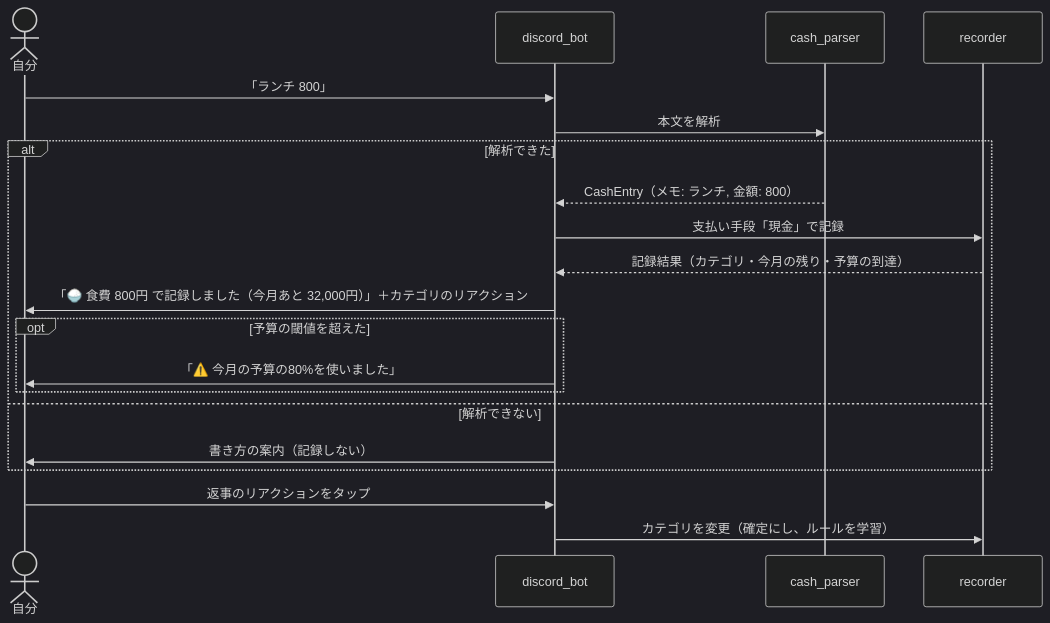
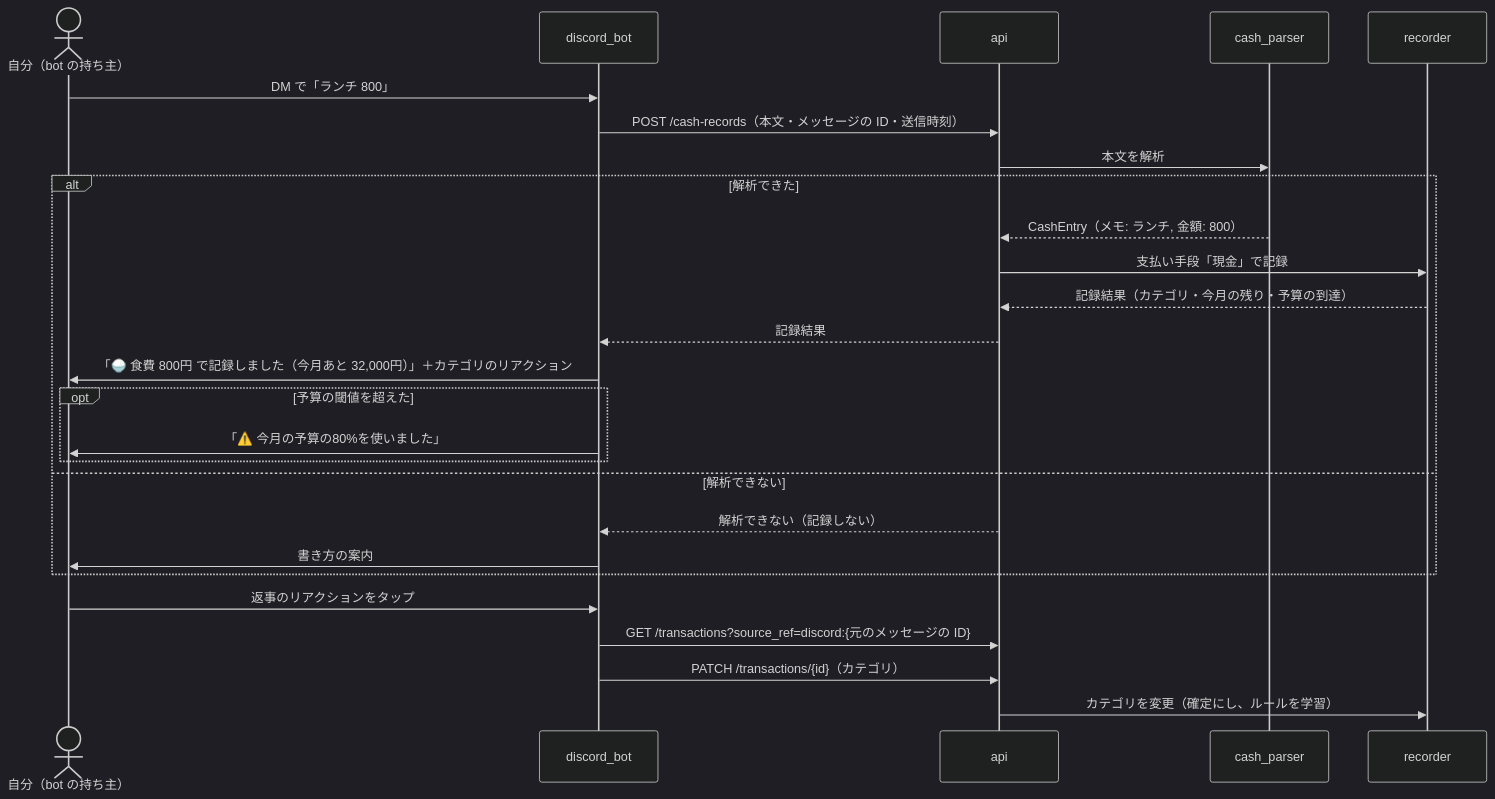
One commit to Yokochi513/Tsukena changed the third of 4 diagrams in docs/design.md. Above: the diagram before and after it, drawn with Mermaid (dark theme). The commit also changed other lines of this file and 8 other files, not shown here.

First line of the commit message:
Discord bot の設計書と ADR-0006〜0008 を追加

````diff
--- a/docs/design.md
+++ b/docs/design.md
@@ -110,23 +127,29 @@
 ```mermaid
 sequenceDiagram
-    actor U as 自分
+    actor U as 自分（bot の持ち主）
     participant B as discord_bot
+    participant A as api
     participant C as cash_parser
     participant R as recorder
 
-    U->>B: 「ランチ 800」
-    B->>C: 本文を解析
+    U->>B: DM で「ランチ 800」
+    B->>A: POST /cash-records（本文・メッセージの ID・送信時刻）
+    A->>C: 本文を解析
     alt 解析できた
-        C-->>B: CashEntry（メモ: ランチ, 金額: 800）
-        B->>R: 支払い手段「現金」で記録
-        R-->>B: 記録結果（カテゴリ・今月の残り・予算の到達）
+        C-->>A: CashEntry（メモ: ランチ, 金額: 800）
+        A->>R: 支払い手段「現金」で記録
+        R-->>A: 記録結果（カテゴリ・今月の残り・予算の到達）
+        A-->>B: 記録結果
         B->>U: 「🍚 食費 800円 で記録しました（今月あと 32,000円）」＋カテゴリのリアクション
         opt 予算の閾値を超えた
             B->>U: 「⚠️ 今月の予算の80%を使いました」
         end
     else 解析できない
-        B->>U: 書き方の案内（記録しない）
+        A-->>B: 解析できない（記録しない）
+        B->>U: 書き方の案内
     end
     U->>B: 返事のリアクションをタップ
-    B->>R: カテゴリを変更（確定にし、ルールを学習）
+    B->>A: GET /transactions?source_ref=discord:{元のメッセージの ID}
+    B->>A: PATCH /transactions/{id}（カテゴリ）
+    A->>R: カテゴリを変更（確定にし、ルールを学習）
 ```
````
